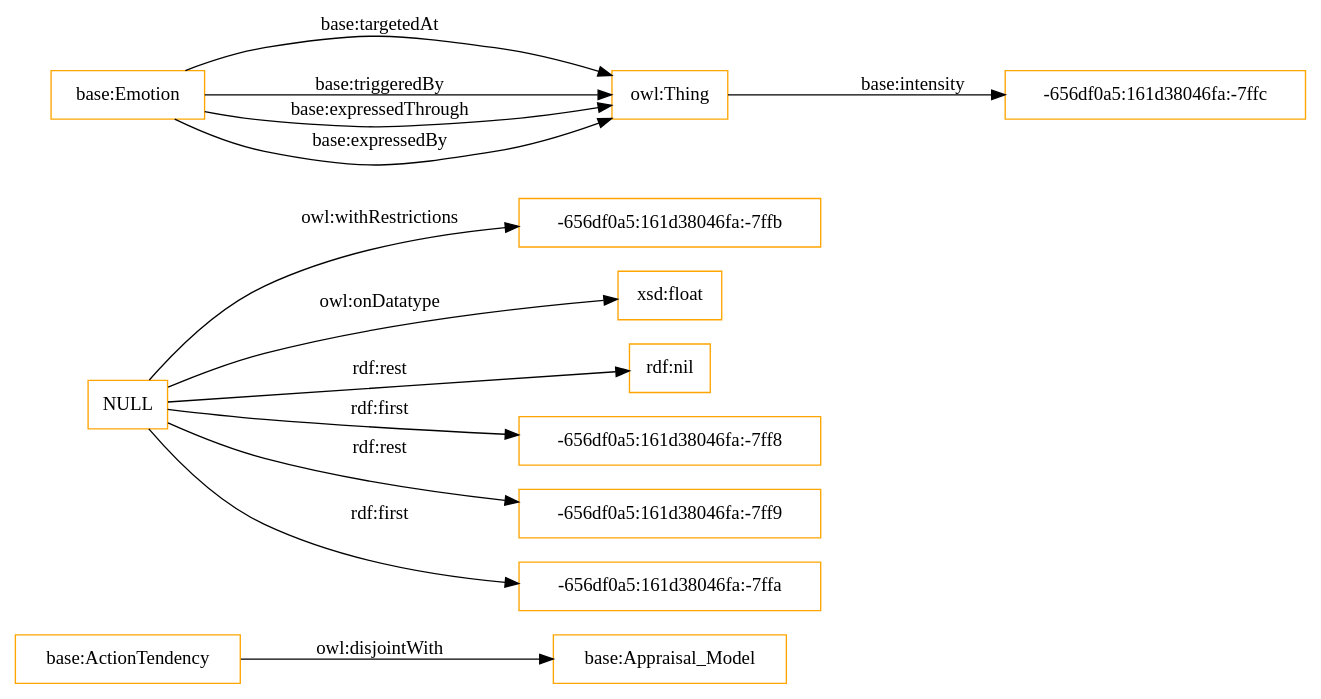
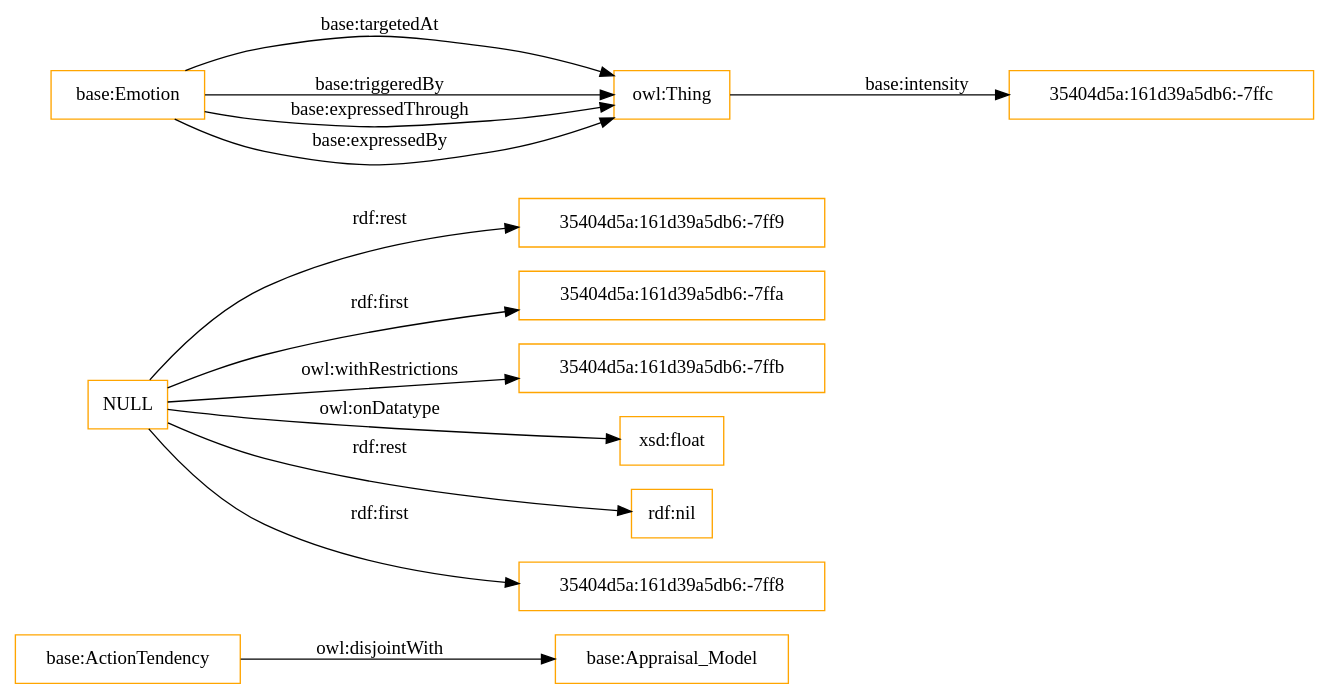
The diagram in OnToology/HEO.owl/diagrams/ar2dtool-class/HEO.owl.png.dot (OnToologyUser/Propsed-Ontology), drawn with Graphviz before and after one commit. The commit also changed 61 other files, not shown here.

```diff
--- a/OnToology/HEO.owl/diagrams/ar2dtool-class/HEO.owl.png.dot
+++ b/OnToology/HEO.owl/diagrams/ar2dtool-class/HEO.owl.png.dot
@@ -1,18 +1,18 @@
 digraph ar2dtool_diagram { 
 rankdir=LR;
 size="1501"
 node [shape = rectangle, color="orange"]; "base:ActionTendency" "base:Appraisal_Model" ; /*classes style*/
 	"base:ActionTendency" -> "base:Appraisal_Model" [ label = "owl:disjointWith" ];
-	"NULL" -> "-656df0a5:161d38046fa:-7ffb" [ label = "owl:withRestrictions" ];
+	"NULL" -> "35404d5a:161d39a5db6:-7ff9" [ label = "rdf:rest" ];
+	"NULL" -> "35404d5a:161d39a5db6:-7ffa" [ label = "rdf:first" ];
+	"NULL" -> "35404d5a:161d39a5db6:-7ffb" [ label = "owl:withRestrictions" ];
 	"NULL" -> "xsd:float" [ label = "owl:onDatatype" ];
 	"NULL" -> "rdf:nil" [ label = "rdf:rest" ];
-	"NULL" -> "-656df0a5:161d38046fa:-7ff8" [ label = "rdf:first" ];
-	"NULL" -> "-656df0a5:161d38046fa:-7ff9" [ label = "rdf:rest" ];
-	"NULL" -> "-656df0a5:161d38046fa:-7ffa" [ label = "rdf:first" ];
+	"NULL" -> "35404d5a:161d39a5db6:-7ff8" [ label = "rdf:first" ];
 	"base:Emotion" -> "owl:Thing" [ label = "base:targetedAt" ];
-	"owl:Thing" -> "-656df0a5:161d38046fa:-7ffc" [ label = "base:intensity" ];
+	"owl:Thing" -> "35404d5a:161d39a5db6:-7ffc" [ label = "base:intensity" ];
 	"base:Emotion" -> "owl:Thing" [ label = "base:triggeredBy" ];
 	"base:Emotion" -> "owl:Thing" [ label = "base:expressedThrough" ];
 	"base:Emotion" -> "owl:Thing" [ label = "base:expressedBy" ];
 
 }
```
